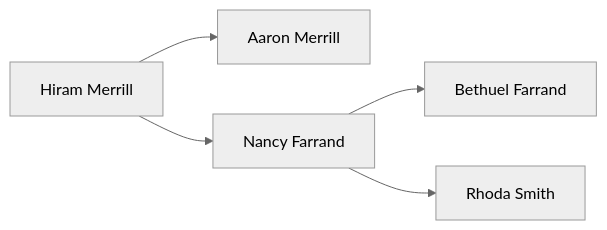
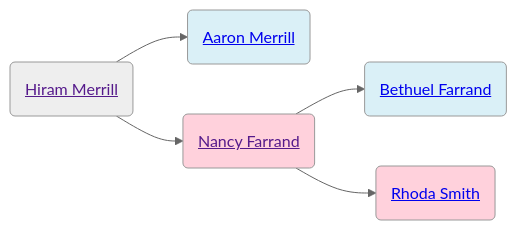
One commit to neelsmith/avocational changed the first of 2 diagrams in familyhistory/sources/people/Merrill-line/Hiram_Merrill.qmd. Above: the diagram before and after it, drawn with Mermaid (neutral theme). The commit also changed other lines of this file and 71 other files, not shown here.

````diff
--- a/familyhistory/sources/people/Merrill-line/Hiram_Merrill.qmd
+++ b/familyhistory/sources/people/Merrill-line/Hiram_Merrill.qmd
@@ -26,7 +26,15 @@
 ```{mermaid}
 graph LR
-Hiram_Merrill[Hiram Merrill] -->  Aaron_Merrill[Aaron Merrill]
-Hiram_Merrill[Hiram Merrill]  --> Nancy_Farrand[Nancy Farrand]
-Nancy_Farrand[Nancy Farrand] -->  Bethuel_Farrand[Bethuel Farrand]
-Nancy_Farrand[Nancy Farrand]  --> Rhoda_Smith[Rhoda Smith]
+Hiram_Merrill(<a href=''>Hiram Merrill</>) -->  Aaron_Merrill(<a href='./Aaron_Merrill.html'>Aaron Merrill</>)
+class Aaron_Merrill father
+Hiram_Merrill(<a href=''>Hiram Merrill</>)  --> Nancy_Farrand(<a href='./Nancy_Farrand.html'>Nancy Farrand</>)
+Nancy_Farrand(<a href=''>Nancy Farrand</>) -->  Bethuel_Farrand(<a href='./White-line/Grandey/Bethuel_Farrand.html'>Bethuel Farrand</>)
+class Bethuel_Farrand father
+Nancy_Farrand(<a href=''>Nancy Farrand</>)  --> Rhoda_Smith(<a href='./Rhoda_Smith.html'>Rhoda Smith</>)
+class Rhoda_Smith mother
+class Nancy_Farrand mother
+classDef mother fill:#ffd1dc
+classDef father fill:#daf0f7  
+classDef marriage fill:#ffffff
+
 ```
````
